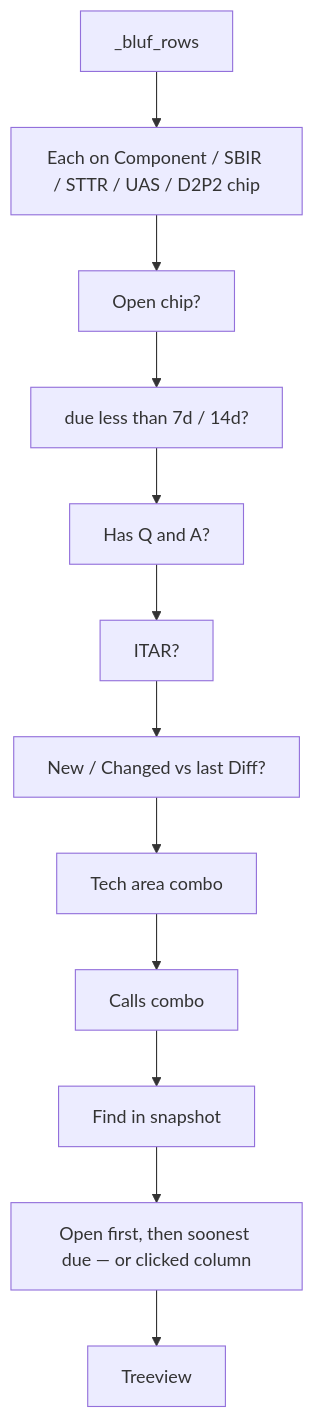
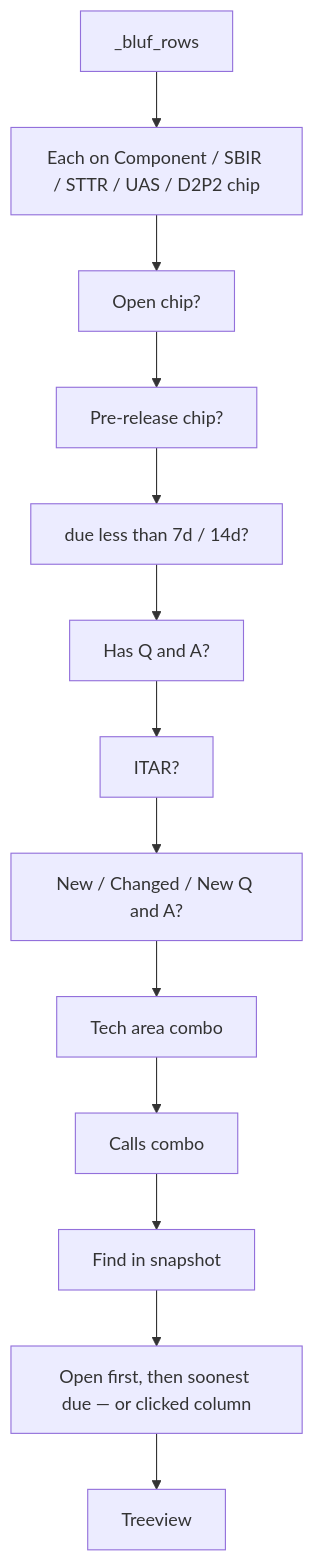
Before and after one commit to gzdor/Gov-SBIR-Opportunities-Puller-Evaluator: the fourth of 5 diagrams in docs/FILTER_TEXT_MATCHING_README.md, drawn with Mermaid. The commit also changed other lines of this file and 6 other files, not shown here.

Commit message:
Add a Narrow Pre-release chip so the table can show DSIP pre-release topics the same way Open does.

````diff
--- a/docs/FILTER_TEXT_MATCHING_README.md
+++ b/docs/FILTER_TEXT_MATCHING_README.md
@@ -151,14 +151,15 @@
 ```mermaid
 flowchart TD
     All[_bluf_rows] --> TextChips[Each on Component / SBIR / STTR / UAS / D2P2 chip]
     TextChips --> Open[Open chip?]
-    Open --> Due[due less than 7d / 14d?]
+    Open --> Pre[Pre-release chip?]
+    Pre --> Due[due less than 7d / 14d?]
     Due --> QA[Has Q and A?]
     QA --> ITAR[ITAR?]
-    ITAR --> Diff[New / Changed vs last Diff?]
+    ITAR --> Diff[New / Changed / New Q and A?]
     Diff --> Area[Tech area combo]
     Area --> Call[Calls combo]
     Call --> Find[Find in snapshot]
     Find --> Sort[Open first, then soonest due — or clicked column]
     Sort --> Table[Treeview]
 ```
````
